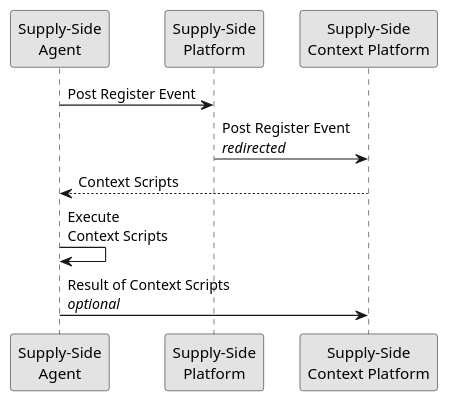
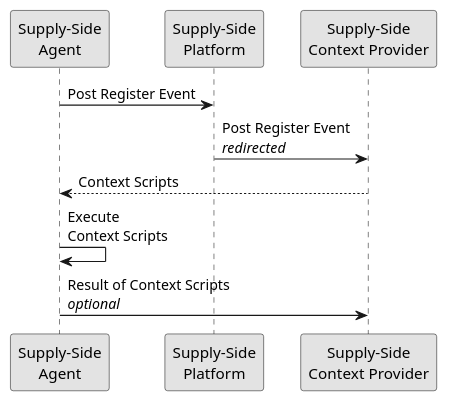
One commit to adshares/adshares-docs changed the diagram in protocol/impressions/user_navigates.rst. Above: the diagram before and after it, drawn with PlantUML. The commit also changed other lines of this file and 25 other files, not shown here.

```diff
--- a/protocol/impressions/user_navigates.rst
+++ b/protocol/impressions/user_navigates.rst
@@ -7,14 +7,14 @@
 .. uml::
     :align: center
 
     skinparam monochrome true
 
     participant "Supply-Side\nAgent"                as SSA
     participant "Supply-Side\nPlatform"             as SSP
-    participant "Supply-Side\nContext Platform"     as SSCP
+    participant "Supply-Side\nContext Provider"     as SSCP
 
     SSA ->      SSP     : Post Register Event
     SSP ->      SSCP    : Post Register Event\n//redirected//
     SSCP -->    SSA     : Context Scripts
     SSA ->      SSA     : Execute\nContext Scripts
     SSA ->      SSCP    : Result of Context Scripts\n//optional//
```
